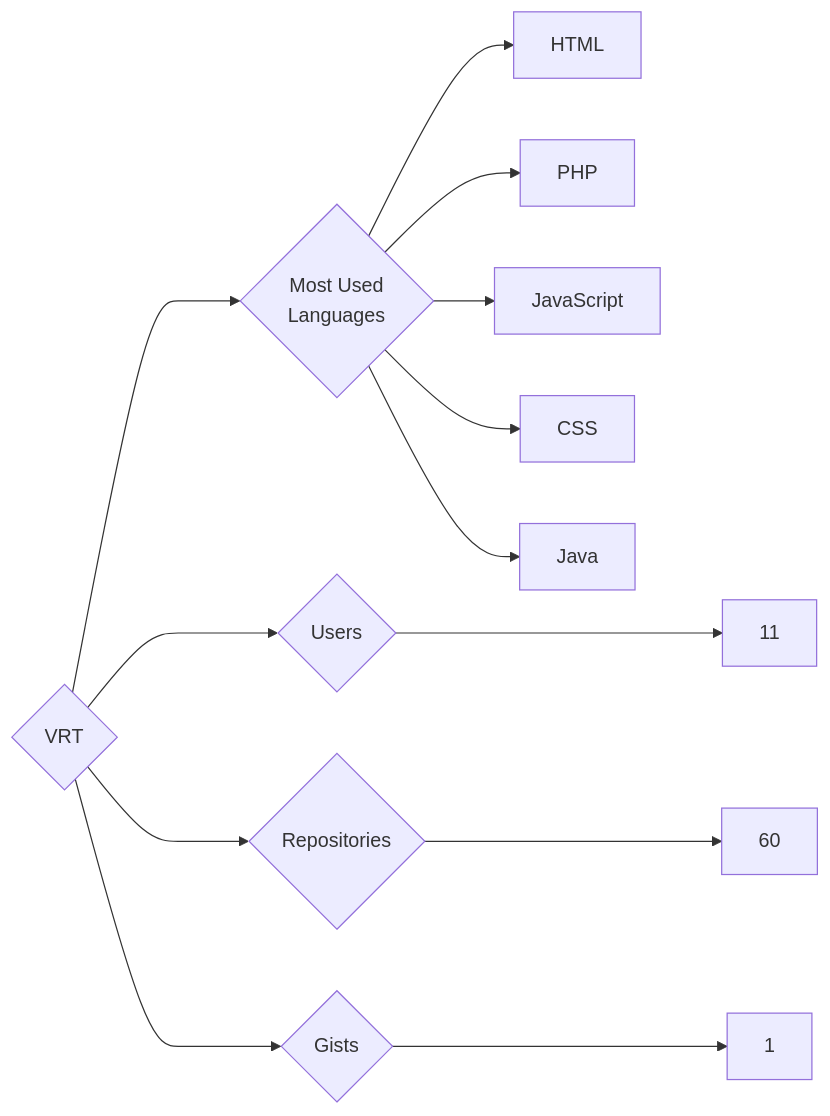
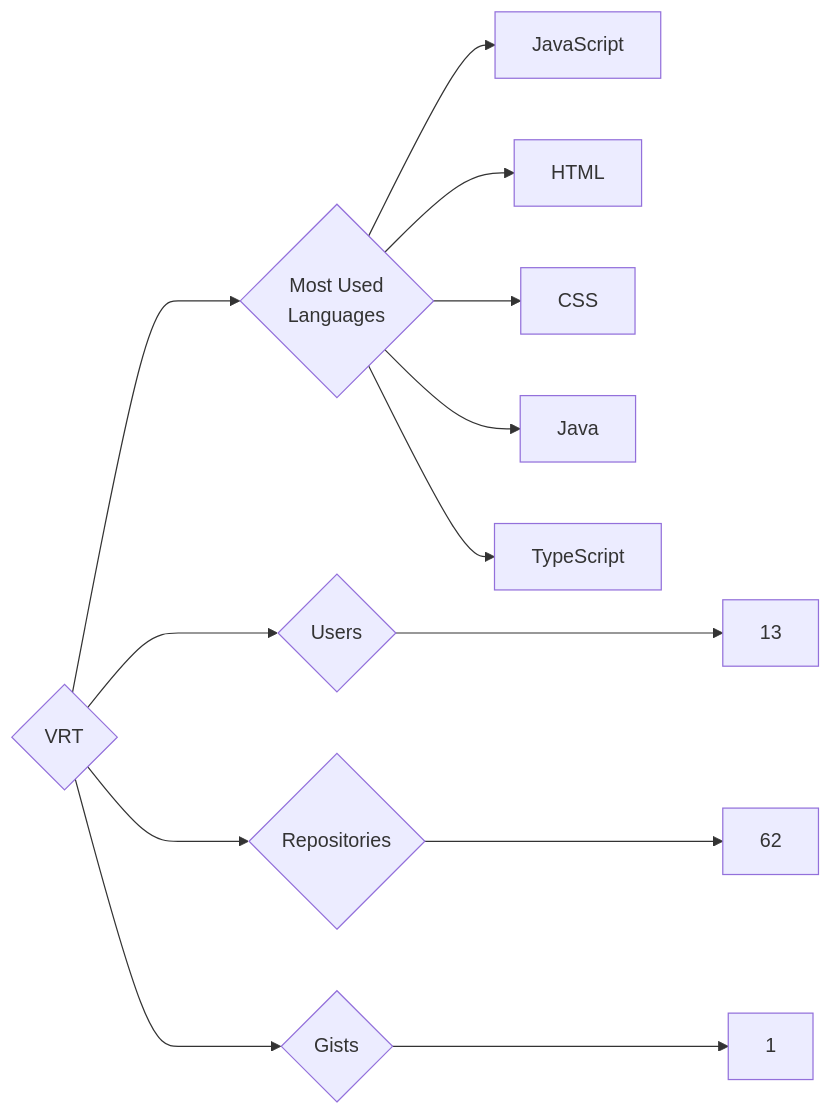
The diagram in targets/VRT/README.md (trickest/insiders), drawn with Mermaid before and after one commit. The commit also changed 965 other files, not shown here.

````diff
--- a/targets/VRT/README.md
+++ b/targets/VRT/README.md
@@ -3,13 +3,13 @@
 ```mermaid
 graph LR
 COMPANY_NAME{VRT}
-COMPANY_NAME ---> U{Users} ---> UN[11]
-COMPANY_NAME ---> R{Repositories} ---> RN[60]
+COMPANY_NAME ---> U{Users} ---> UN[13]
+COMPANY_NAME ---> R{Repositories} ---> RN[62]
 COMPANY_NAME ---> G{Gists} ---> GN[1]
 COMPANY_NAME ---> ML{Most Used<br>Languages}
+ML --> JavaScript[JavaScript]
 ML --> HTML[HTML]
-ML --> PHP[PHP]
-ML --> JavaScript[JavaScript]
 ML --> CSS[CSS]
 ML --> Java[Java]
+ML --> TypeScript[TypeScript]
 ```
````
